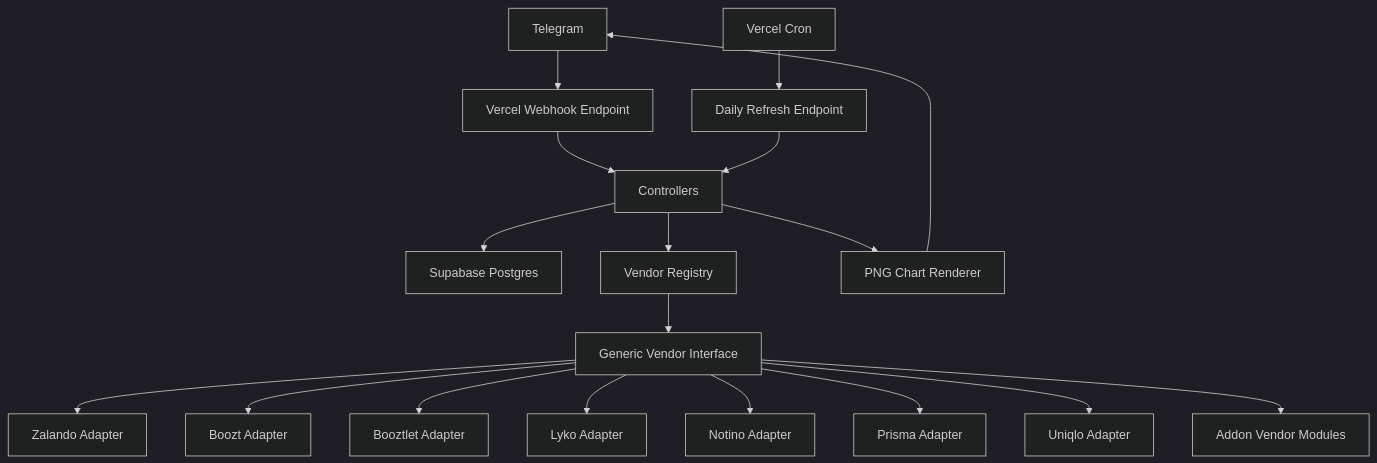
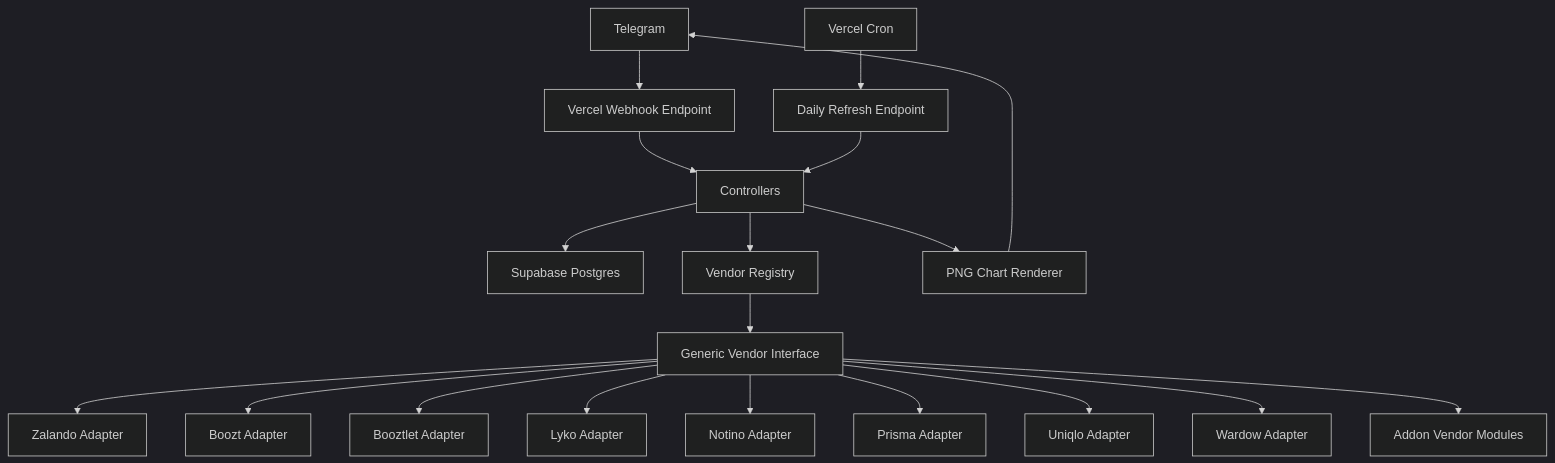
The diagram in README.md (minhdangphuoc/ecom-product-price-telegram-bot), drawn with Mermaid (dark theme) before and after one commit. The commit also changed other lines of this file and 3 other files, not shown here.

````diff
--- a/README.md
+++ b/README.md
@@ -35,20 +36,21 @@
 ```mermaid
 flowchart TD
     TG["Telegram"] --> WEBHOOK["Vercel Webhook Endpoint"]
     CRON["Vercel Cron"] --> DAILY["Daily Refresh Endpoint"]
     WEBHOOK --> CTRL["Controllers"]
     DAILY --> CTRL
     CTRL --> DB["Supabase Postgres"]
     CTRL --> REG["Vendor Registry"]
     REG --> GV["Generic Vendor Interface"]
     GV --> Z["Zalando Adapter"]
     GV --> B["Boozt Adapter"]
     GV --> BL["Booztlet Adapter"]
     GV --> L["Lyko Adapter"]
     GV --> N["Notino Adapter"]
     GV --> P["Prisma Adapter"]
     GV --> U["Uniqlo Adapter"]
+    GV --> W["Wardow Adapter"]
     GV --> ADDON["Addon Vendor Modules"]
     CTRL --> CHART["PNG Chart Renderer"]
     CHART --> TG
 ```
````
